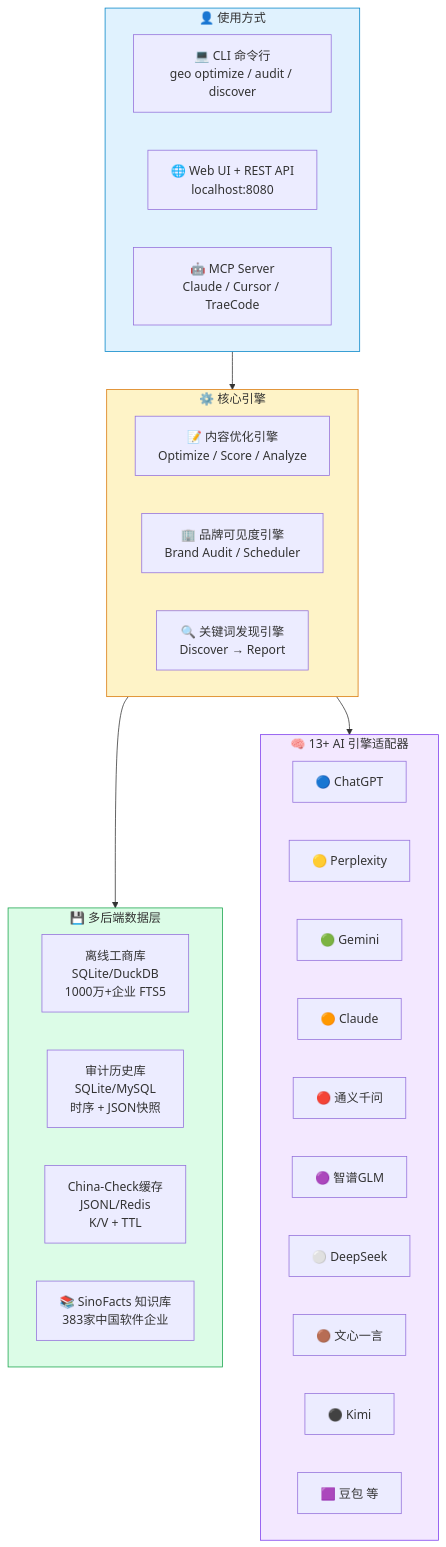
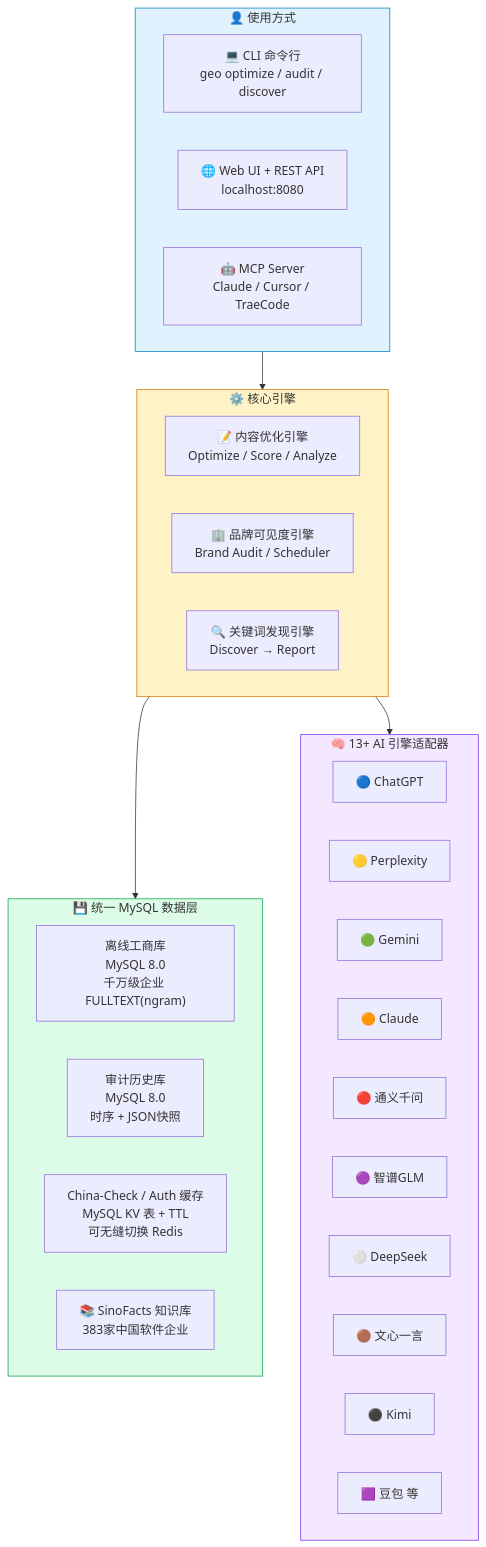
The second of 14 diagrams in README.md (deep2code/geo), drawn with Mermaid before and after one commit. The commit also changed other lines of this file and 26 other files, not shown here.

First line of the commit message:
refactor!: 移除 SQLite/JSONL/DuckDB，所有数据层统一使用 MySQL 8.0

````diff
--- a/README.md
+++ b/README.md
@@ -52,43 +52,43 @@
 ```mermaid
 graph TB
     subgraph 用户层["👤 使用方式"]
         CLI["💻 CLI 命令行<br/>geo optimize / audit / discover"]
         Web["🌐 Web UI + REST API<br/>localhost:8080"]
         MCP["🤖 MCP Server<br/>Claude / Cursor / TraeCode"]
     end
 
     subgraph 引擎层["⚙️ 核心引擎"]
         CO["📝 内容优化引擎<br/>Optimize / Score / Analyze"]
         BA["🏢 品牌可见度引擎<br/>Brand Audit / Scheduler"]
         DIS["🔍 关键词发现引擎<br/>Discover → Report"]
     end
 
-    subgraph 数据层["💾 多后端数据层"]
-        DB1["离线工商库<br/>SQLite/DuckDB<br/>1000万+企业 FTS5"]
-        DB2["审计历史库<br/>SQLite/MySQL<br/>时序 + JSON快照"]
-        DB3["China-Check缓存<br/>JSONL/Redis<br/>K/V + TTL"]
+    subgraph 数据层["💾 统一 MySQL 数据层"]
+        DB1["离线工商库<br/>MySQL 8.0<br/>千万级企业 FULLTEXT(ngram)"]
+        DB2["审计历史库<br/>MySQL 8.0<br/>时序 + JSON快照"]
+        DB3["China-Check / Auth 缓存<br/>MySQL KV 表 + TTL<br/>可无缝切换 Redis"]
         KB["📚 SinoFacts 知识库<br/>383家中国软件企业"]
     end
 
     subgraph AI层["🧠 13+ AI 引擎适配器"]
         E1["🔵 ChatGPT"]
         E2["🟡 Perplexity"]
         E3["🟢 Gemini"]
         E4["🟠 Claude"]
         E5["🔴 通义千问"]
         E6["🟣 智谱GLM"]
         E7["⚪ DeepSeek"]
         E8["🟤 文心一言"]
         E9["⚫ Kimi"]
         E10["🟪 豆包 等"]
     end
 
     用户层 --> 引擎层
     引擎层 --> 数据层
     引擎层 --> AI层
 
     style 用户层 fill:#e0f2fe,stroke:#0284c7
     style 引擎层 fill:#fef3c7,stroke:#d97706
     style 数据层 fill:#dcfce7,stroke:#16a34a
     style AI层 fill:#f3e8ff,stroke:#7c3aed
 ```
````
